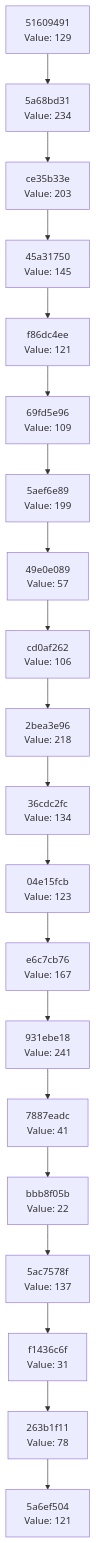
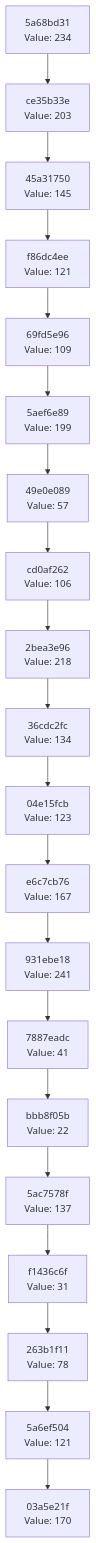
Before and after one commit to Abhisheksinha1506/hash-chain-evolver: the diagram in docs/CHAIN_VISUALIZATION.md, drawn with Mermaid. The commit also changed 3 other files, not shown here.

````diff
--- a/docs/CHAIN_VISUALIZATION.md
+++ b/docs/CHAIN_VISUALIZATION.md
@@ -3,42 +3,42 @@
 ```mermaid
 graph TD
-    C0["5a6ef504<br/>Value: 121"]
-    C1["263b1f11<br/>Value: 78"]
+    C0["03a5e21f<br/>Value: 170"]
+    C1["5a6ef504<br/>Value: 121"]
     C1 --> C0
-    C2["f1436c6f<br/>Value: 31"]
+    C2["263b1f11<br/>Value: 78"]
     C2 --> C1
-    C3["5ac7578f<br/>Value: 137"]
+    C3["f1436c6f<br/>Value: 31"]
     C3 --> C2
-    C4["bbb8f05b<br/>Value: 22"]
+    C4["5ac7578f<br/>Value: 137"]
     C4 --> C3
-    C5["7887eadc<br/>Value: 41"]
+    C5["bbb8f05b<br/>Value: 22"]
     C5 --> C4
-    C6["931ebe18<br/>Value: 241"]
+    C6["7887eadc<br/>Value: 41"]
     C6 --> C5
-    C7["e6c7cb76<br/>Value: 167"]
+    C7["931ebe18<br/>Value: 241"]
     C7 --> C6
-    C8["04e15fcb<br/>Value: 123"]
+    C8["e6c7cb76<br/>Value: 167"]
     C8 --> C7
-    C9["36cdc2fc<br/>Value: 134"]
+    C9["04e15fcb<br/>Value: 123"]
     C9 --> C8
-    C10["2bea3e96<br/>Value: 218"]
+    C10["36cdc2fc<br/>Value: 134"]
     C10 --> C9
-    C11["cd0af262<br/>Value: 106"]
+    C11["2bea3e96<br/>Value: 218"]
     C11 --> C10
-    C12["49e0e089<br/>Value: 57"]
+    C12["cd0af262<br/>Value: 106"]
     C12 --> C11
-    C13["5aef6e89<br/>Value: 199"]
+    C13["49e0e089<br/>Value: 57"]
     C13 --> C12
-    C14["69fd5e96<br/>Value: 109"]
+    C14["5aef6e89<br/>Value: 199"]
     C14 --> C13
-    C15["f86dc4ee<br/>Value: 121"]
+    C15["69fd5e96<br/>Value: 109"]
     C15 --> C14
-    C16["45a31750<br/>Value: 145"]
+    C16["f86dc4ee<br/>Value: 121"]
     C16 --> C15
-    C17["ce35b33e<br/>Value: 203"]
+    C17["45a31750<br/>Value: 145"]
     C17 --> C16
-    C18["5a68bd31<br/>Value: 234"]
+    C18["ce35b33e<br/>Value: 203"]
     C18 --> C17
-    C19["51609491<br/>Value: 129"]
+    C19["5a68bd31<br/>Value: 234"]
     C19 --> C18
 ```
````
